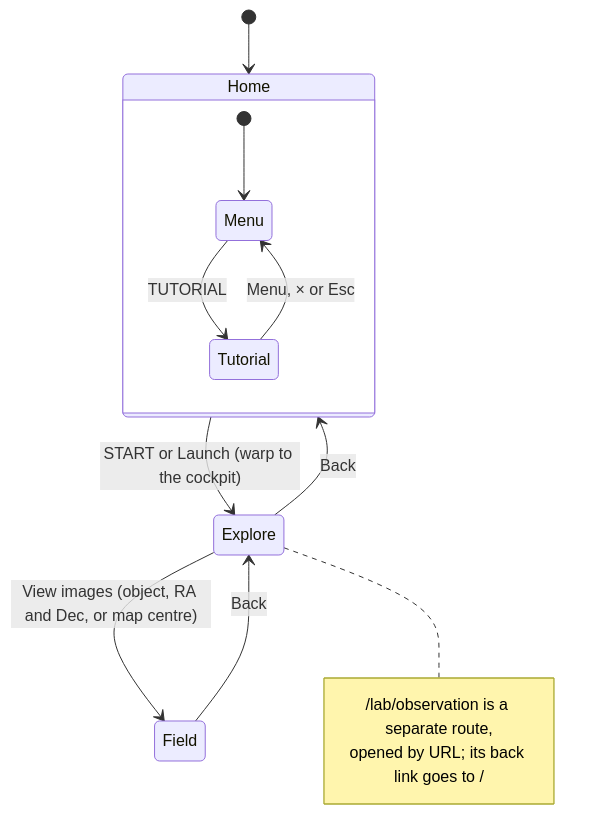
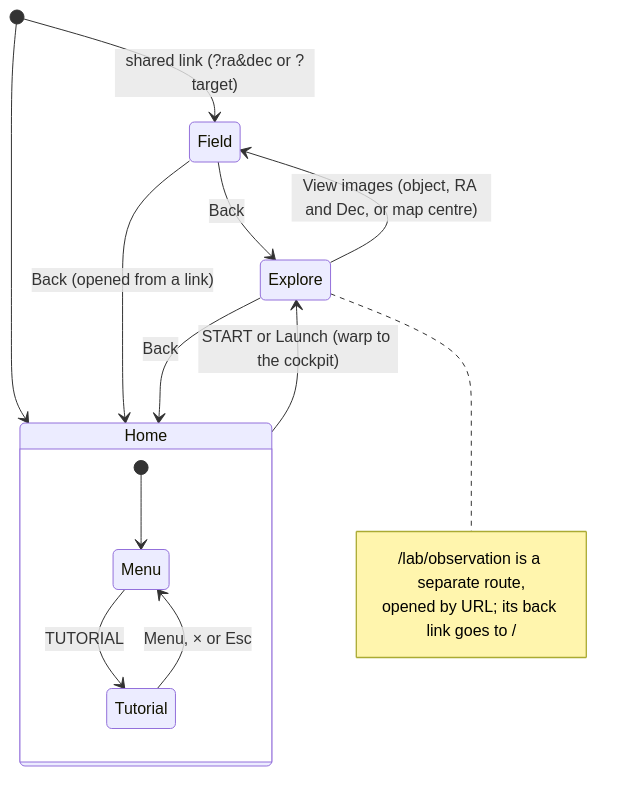
Before and after one commit to toroc07/nebo-app: the ninth of 10 diagrams in docs/architecture.md, drawn with Mermaid. The commit also changed other lines of this file and 1 other file, not shown here.

Commit message:
docs: field link contract and journey

````diff
--- a/docs/architecture.md
+++ b/docs/architecture.md
@@ -454,17 +454,19 @@
 ```mermaid
 stateDiagram-v2
   [*] --> Home
   state Home {
     [*] --> Menu
     Menu --> Tutorial: TUTORIAL
     Tutorial --> Menu: Menu, × or Esc
   }
   Home --> Explore: START or Launch (warp to the cockpit)
   Explore --> Field: View images (object, RA and Dec, or map centre)
+  [*] --> Field: shared link (?ra&dec or ?target)
   Field --> Explore: Back
+  Field --> Home: Back (opened from a link)
   Explore --> Home: Back
   note right of Explore
     /lab/observation is a separate route,
     opened by URL; its back link goes to /
   end note
 ```
````
